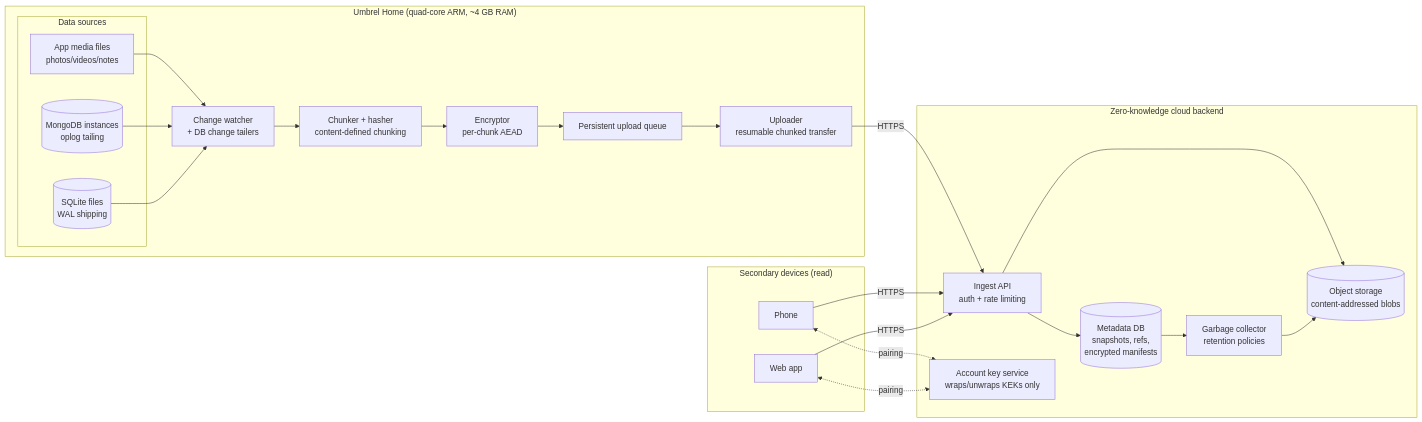
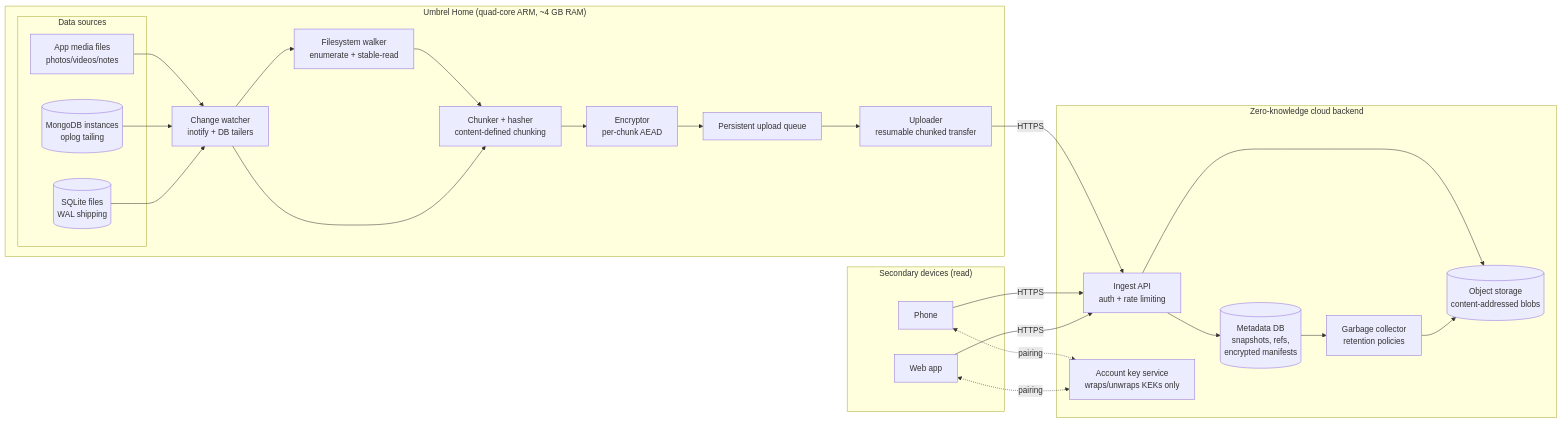
Before and after one commit to sadensmol/learning_system-design: the first of 3 diagrams in umbrel-home/docs/plans/2026-04-23.md, drawn with Mermaid. The commit also changed other lines of this file and 12 other files, not shown here.

````diff
--- a/umbrel-home/docs/plans/2026-04-23.md
+++ b/umbrel-home/docs/plans/2026-04-23.md
@@ -37,41 +37,45 @@
 ```mermaid
 flowchart LR
   subgraph Device["Umbrel Home (quad-core ARM, ~4 GB RAM)"]
     subgraph Sources["Data sources"]
       FS[App media files<br/>photos/videos/notes]
       Mongo[(MongoDB instances<br/>oplog tailing)]
       Sqlite[(SQLite files<br/>WAL shipping)]
     end
-    Watch[Change watcher<br/>+ DB change tailers]
+    Watch[Change watcher<br/>inotify + DB tailers]
+    Walker[Filesystem walker<br/>enumerate + stable-read]
     Chunk[Chunker + hasher<br/>content-defined chunking]
     Enc[Encryptor<br/>per-chunk AEAD]
     Q[Persistent upload queue]
     Up[Uploader<br/>resumable chunked transfer]
     FS --> Watch
     Mongo --> Watch
     Sqlite --> Watch
-    Watch --> Chunk --> Enc --> Q --> Up
+    Watch --> Walker
+    Walker --> Chunk
+    Watch --> Chunk
+    Chunk --> Enc --> Q --> Up
   end
 
   subgraph Cloud["Zero-knowledge cloud backend"]
     API[Ingest API<br/>auth + rate limiting]
     Meta[(Metadata DB<br/>snapshots, refs,<br/>encrypted manifests)]
     Obj[(Object storage<br/>content-addressed blobs)]
     KMS[Account key service<br/>wraps/unwraps KEKs only]
     GC[Garbage collector<br/>retention policies]
     API --> Meta
     API --> Obj
     Meta --> GC --> Obj
   end
 
   subgraph Secondaries["Secondary devices (read)"]
     Phone[Phone]
     Web[Web app]
   end
 
   Up -->|HTTPS| API
   Phone -->|HTTPS| API
   Web -->|HTTPS| API
   Phone <-.pairing.-> KMS
   Web <-.pairing.-> KMS
 ```
````
